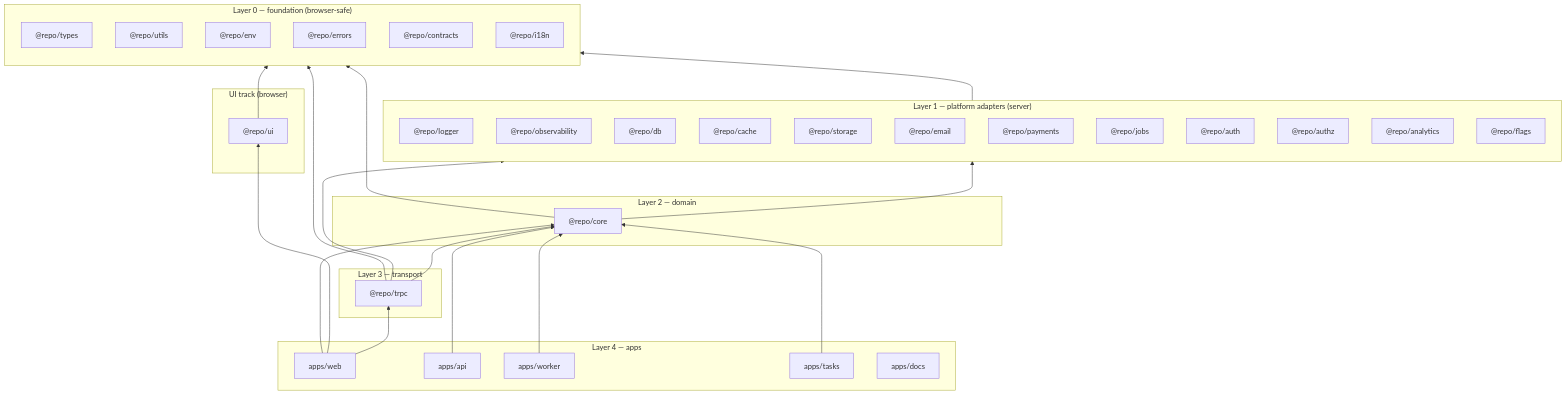
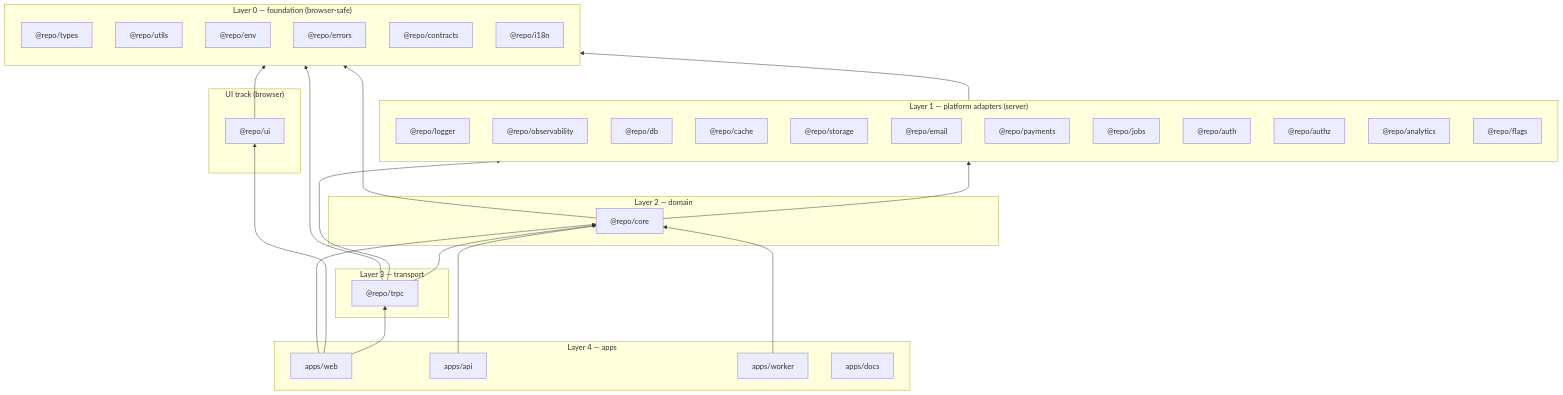
Before and after one commit to jleveneur/nextjs-boilerplate: the diagram in docs/architecture/03-package-graph-and-boundaries.md, drawn with Mermaid. The commit also changed other lines of this file and 105 other files, not shown here.

````diff
--- a/docs/architecture/03-package-graph-and-boundaries.md
+++ b/docs/architecture/03-package-graph-and-boundaries.md
@@ -38,60 +38,58 @@
 ```mermaid
 flowchart BT
     subgraph L0["Layer 0 — foundation (browser-safe)"]
         types["@repo/types"]
         utils["@repo/utils"]
         env["@repo/env"]
         errors["@repo/errors"]
         contracts["@repo/contracts"]
         i18n["@repo/i18n"]
     end
 
     subgraph L1["Layer 1 — platform adapters (server)"]
         logger["@repo/logger"]
         obs["@repo/observability"]
         db["@repo/db"]
         cache["@repo/cache"]
         storage["@repo/storage"]
         email["@repo/email"]
         payments["@repo/payments"]
         jobs["@repo/jobs"]
         auth["@repo/auth"]
         authz["@repo/authz"]
         analytics["@repo/analytics"]
         flags["@repo/flags"]
     end
 
     subgraph L2["Layer 2 — domain"]
         core["@repo/core"]
     end
 
     subgraph L3["Layer 3 — transport"]
         trpc["@repo/trpc"]
     end
 
     subgraph L4["Layer 4 — apps"]
         web["apps/web"]
         api["apps/api"]
         worker["apps/worker"]
-        tasks["apps/tasks"]
         docs["apps/docs"]
     end
 
     subgraph LU["UI track (browser)"]
         ui["@repo/ui"]
     end
 
     L1 --> L0
     core --> L1
     core --> L0
     trpc --> core
     trpc --> L1
     trpc --> L0
     ui --> L0
     web --> trpc
     web --> ui
     web --> core
     api --> core
     worker --> core
-    tasks --> core
 ```
````
